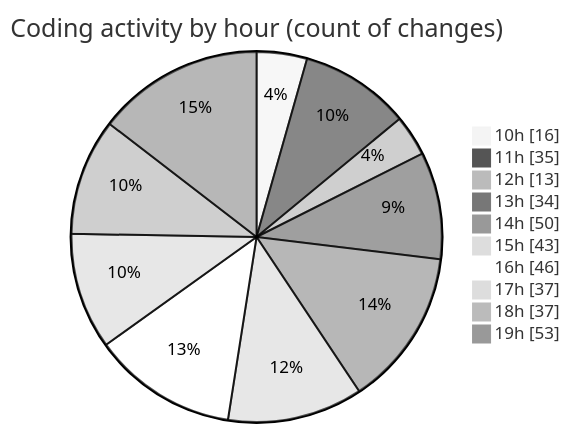
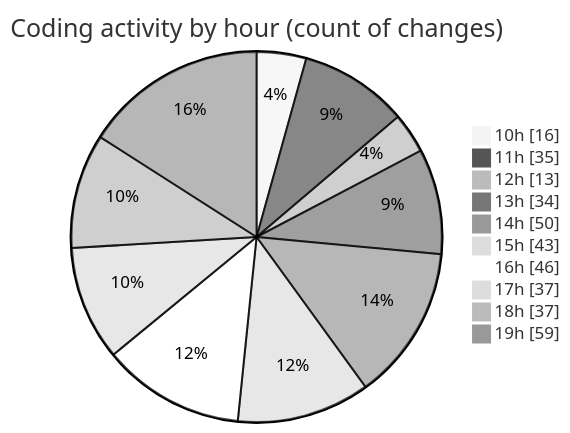
Before and after one commit to charlie-sans/code-tracking: the second of 2 diagrams in 2025-02-20/micros/README.md, drawn with Mermaid (neutral theme). The commit also changed other lines of this file and 1 other file, not shown here.

````diff
--- a/2025-02-20/micros/README.md
+++ b/2025-02-20/micros/README.md
@@ -89,14 +89,14 @@
 ```mermaid
 pie showData
 title Coding activity by hour (count of changes)
 "10h" : 16
 "11h" : 35
 "12h" : 13
 "13h" : 34
 "14h" : 50
 "15h" : 43
 "16h" : 46
 "17h" : 37
 "18h" : 37
-"19h" : 53
+"19h" : 59
 ```
````
